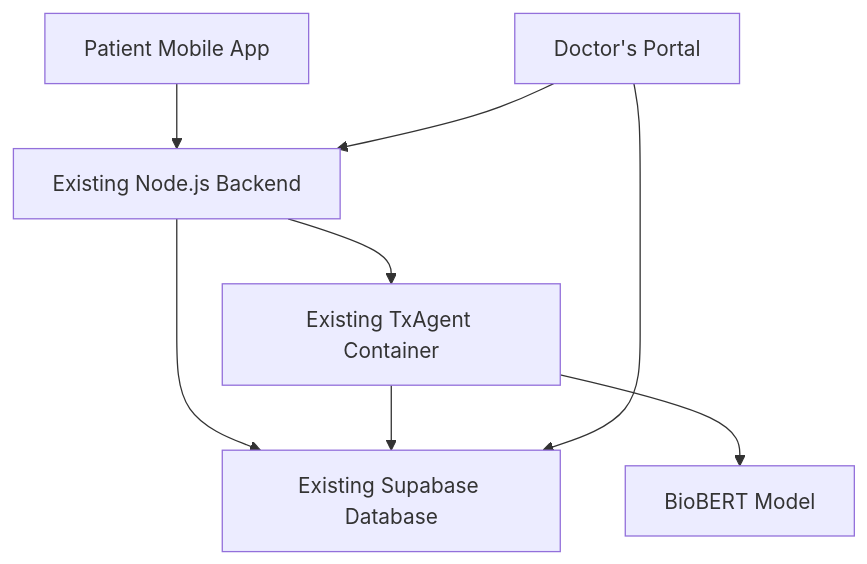
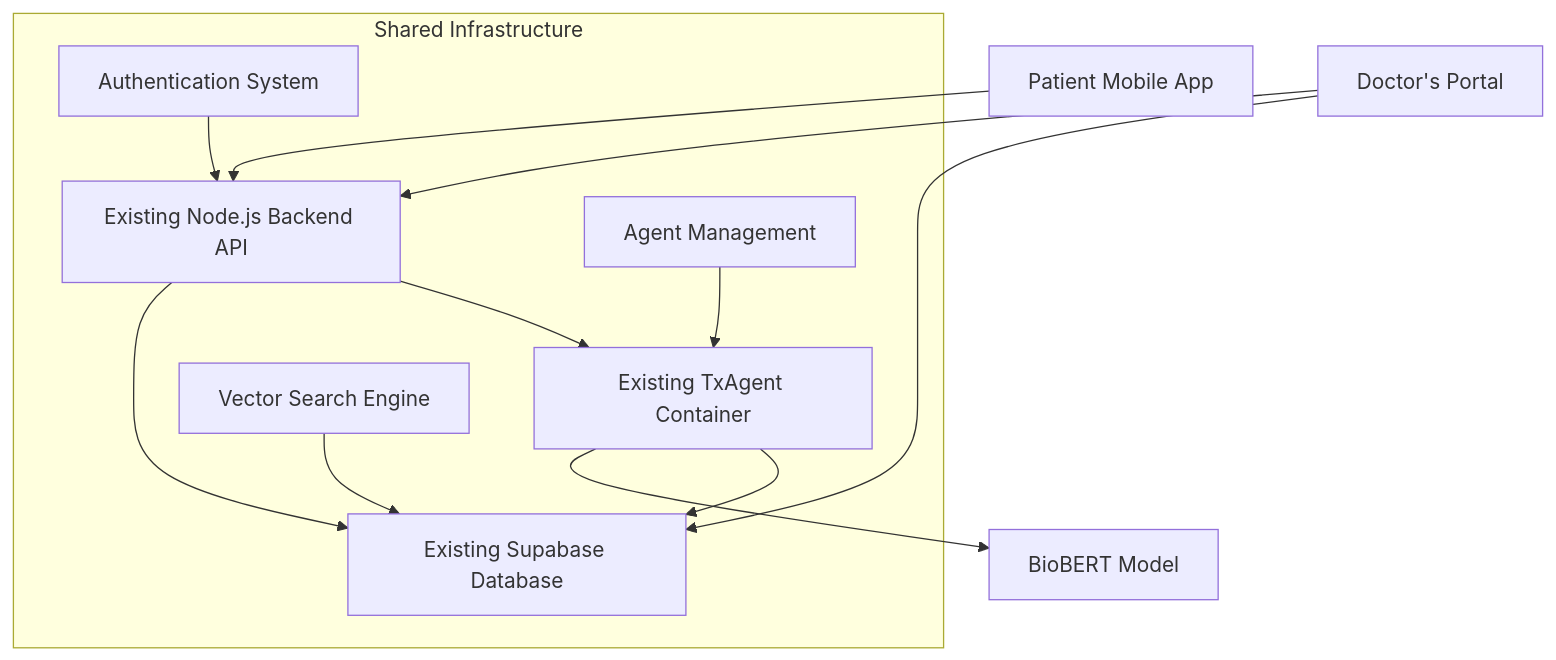
Before and after one commit to savevsgames/Medical_RAG_Vector_Uploader: the diagram in CustomerAppSuggestions.md, drawn with Mermaid. The commit also changed other lines of this file, not shown here.

````diff
--- a/CustomerAppSuggestions.md
+++ b/CustomerAppSuggestions.md
@@ -29,10 +31,16 @@
 ```mermaid
 graph TB
-    A[Patient Mobile App] --> B[Existing Node.js Backend]
+    A[Patient Mobile App] --> B[Existing Node.js Backend API]
     B --> C[Existing Supabase Database]
     B --> D[Existing TxAgent Container]
     D --> E[BioBERT Model]
     D --> C
     F[Doctor's Portal] --> B
     F --> C
+
+    subgraph "Shared Infrastructure"
+        G[Authentication System] --> B
+        H[Vector Search Engine] --> C
+        I[Agent Management] --> D
+    end
 ```
````
